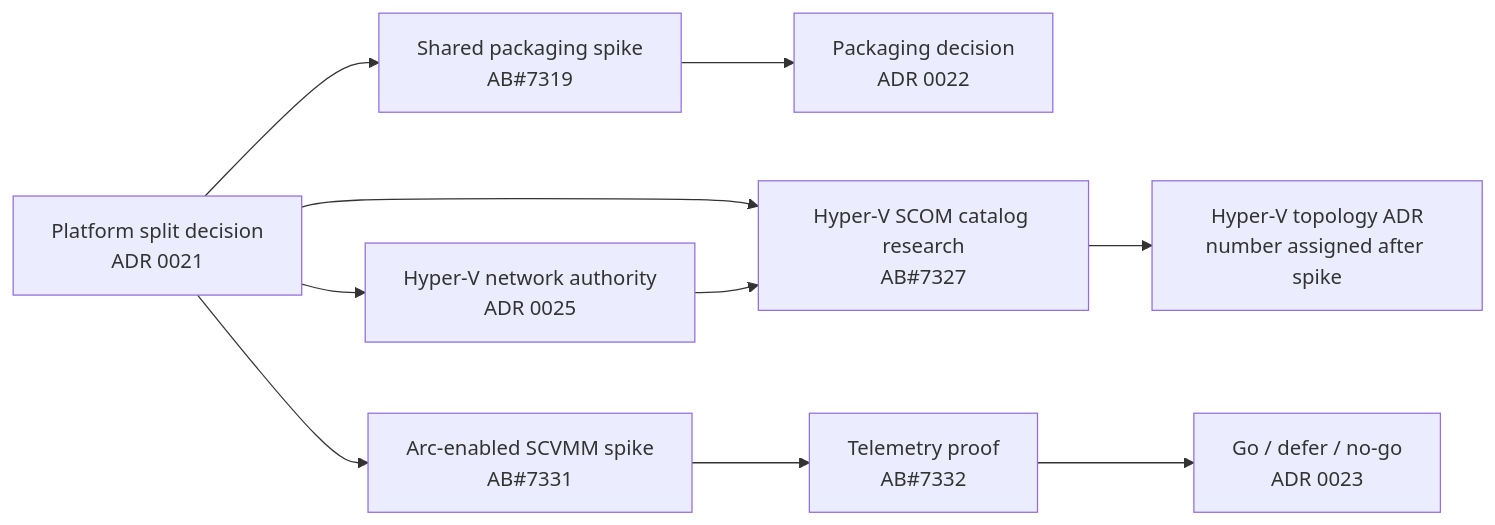
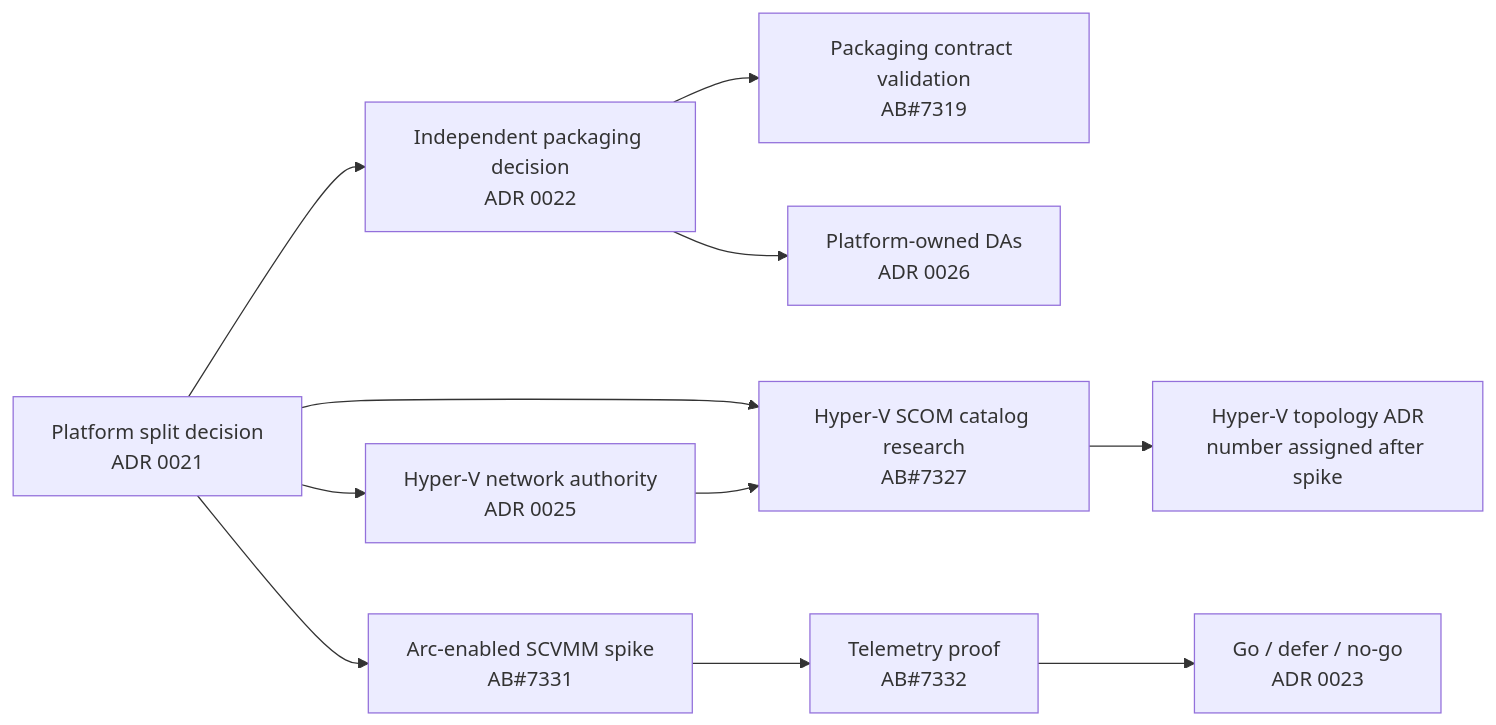
One commit to AzureLocal/azurelocal-scom-mp changed the diagram in docs/design/research-spikes.md. Above: the diagram before and after it, drawn with Mermaid. The commit also changed other lines of this file and 28 other files, not shown here.

Commit message:
docs(scom): define platform-owned DAs AB#7319

````diff
--- a/docs/design/research-spikes.md
+++ b/docs/design/research-spikes.md
@@ -19,12 +19,13 @@
 ```mermaid
 flowchart LR
-    P[Platform split decision<br/>ADR 0021] --> S1[Shared packaging spike<br/>AB#7319]
-    S1 --> Pkg[Packaging decision<br/>ADR 0022]
+    P[Platform split decision<br/>ADR 0021] --> Pkg[Independent packaging decision<br/>ADR 0022]
+    Pkg --> S1[Packaging contract validation<br/>AB#7319]
+    Pkg --> DA[Platform-owned DAs<br/>ADR 0026]
     P --> S2[Hyper-V SCOM catalog research<br/>AB#7327]
     P --> Net[Hyper-V network authority<br/>ADR 0025]
     Net --> S2
     S2 --> HV[Hyper-V topology ADR<br/>number assigned after spike]
     P --> S3[Arc-enabled SCVMM spike<br/>AB#7331]
     S3 --> S4[Telemetry proof<br/>AB#7332]
     S4 --> Arc[Go / defer / no-go<br/>ADR 0023]
 ```
````
